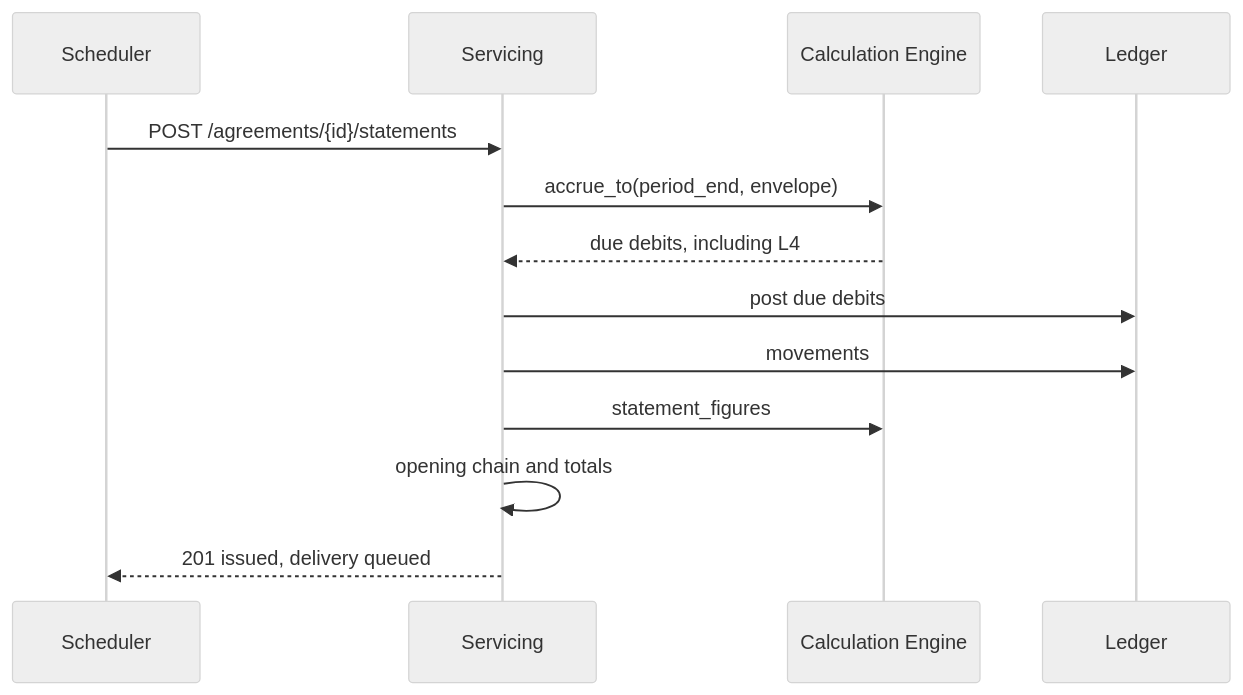
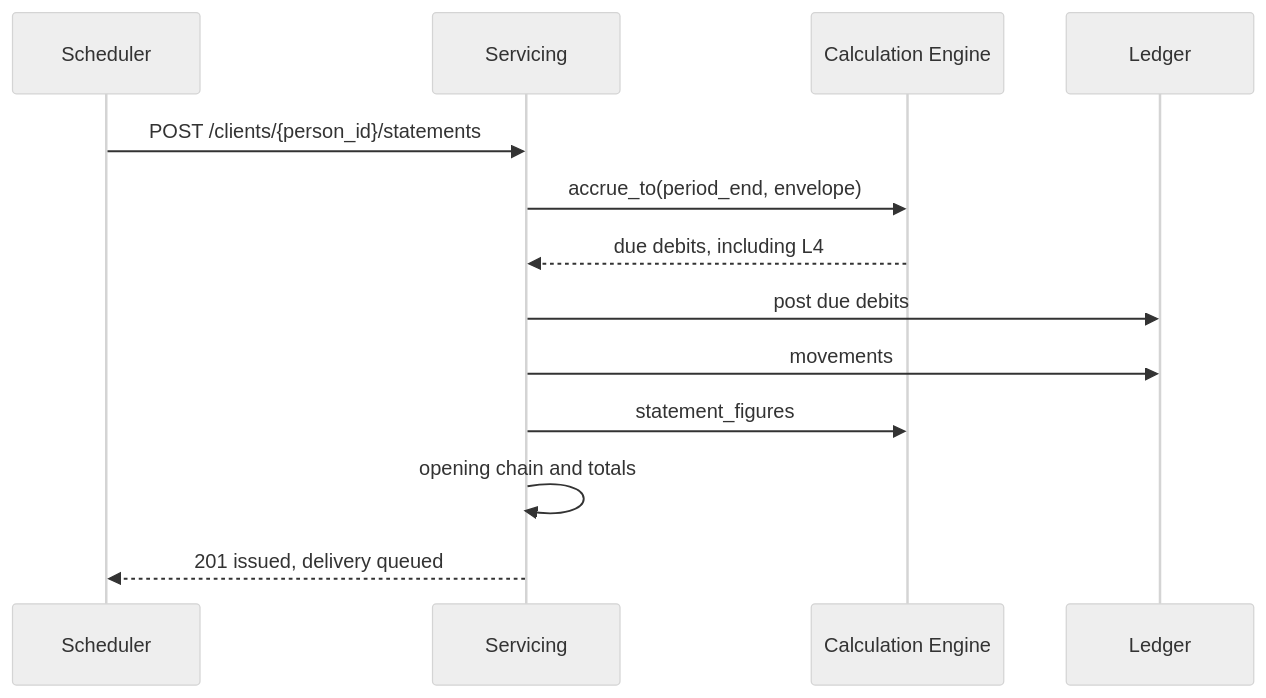
Before and after one commit to eugene-ehlers/LMS: the fifth of 5 diagrams in docs/servicing/implementation-design.md, drawn with Mermaid (neutral theme). The commit also changed other lines of this file and 3 other files, not shown here.

````diff
--- a/docs/servicing/implementation-design.md
+++ b/docs/servicing/implementation-design.md
@@ -498,15 +500,15 @@
 ```mermaid
 sequenceDiagram
   participant K as Scheduler
   participant S as Servicing
   participant C as Calculation Engine
   participant L as Ledger
-  K->>S: POST /agreements/{id}/statements
+  K->>S: POST /clients/{person_id}/statements
   S->>C: accrue_to(period_end, envelope)
   C-->>S: due debits, including L4
   S->>L: post due debits
   S->>L: movements
   S->>C: statement_figures
   S->>S: opening chain and totals
   S-->>K: 201 issued, delivery queued
 ```
````
